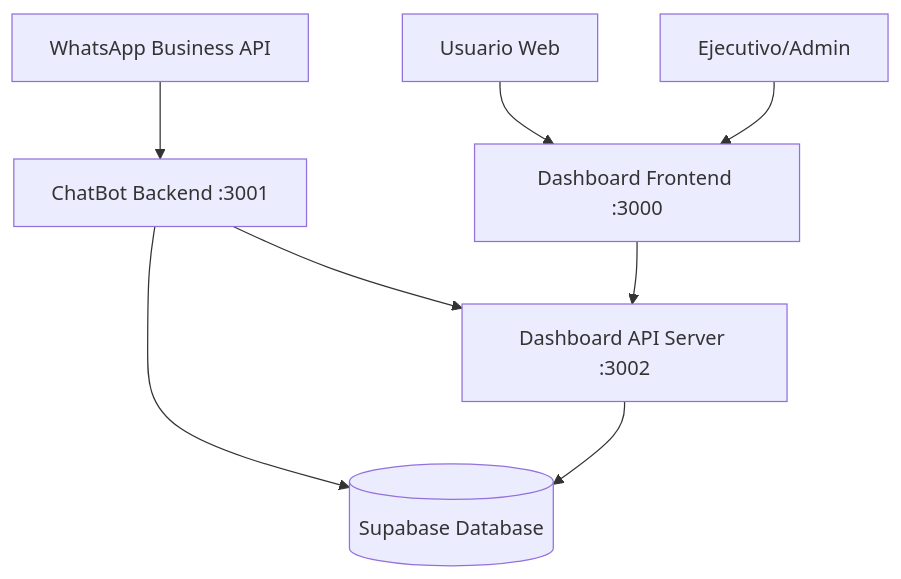
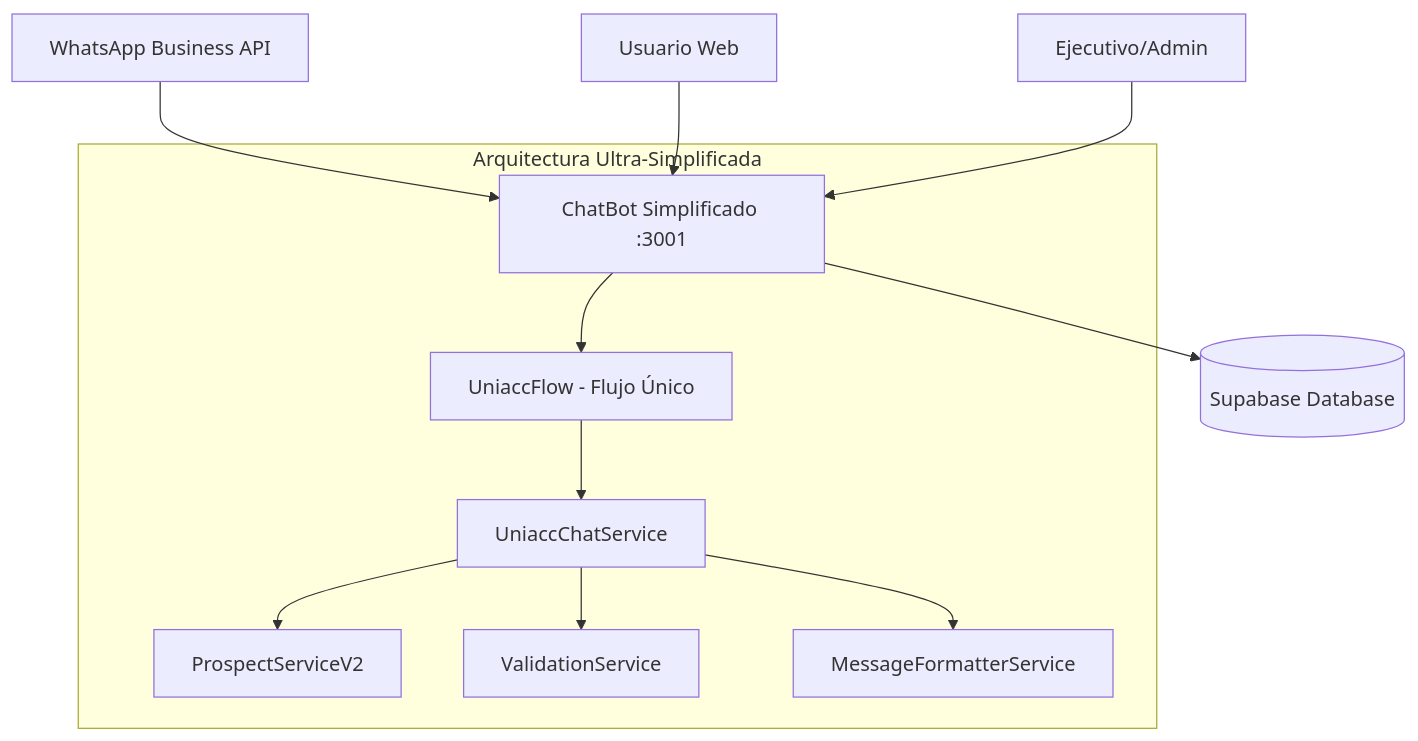
Before and after one commit to jpeduti/chatbot: the first of 4 diagrams in docs/arquitectura.md, drawn with Mermaid. The commit also changed other lines of this file and 87 other files, not shown here.

````diff
--- a/docs/arquitectura.md
+++ b/docs/arquitectura.md
@@ -29,10 +33,15 @@
 ```mermaid
 graph TB
-    WA[WhatsApp Business API] --> CB[ChatBot Backend :3001]
+    WA[WhatsApp Business API] --> CB[ChatBot Simplificado :3001]
     CB --> SB[(Supabase Database)]
-    CB --> DAS[Dashboard API Server :3002]
-    DAS --> SB
-    DF[Dashboard Frontend :3000] --> DAS
-    U[Usuario Web] --> DF
-    E[Ejecutivo/Admin] --> DF
+    U[Usuario Web] --> CB
+    E[Ejecutivo/Admin] --> CB
+    
+    subgraph "Arquitectura Ultra-Simplificada"
+        CB --> UF[UniaccFlow - Flujo Único]
+        UF --> US[UniaccChatService]
+        US --> PS[ProspectServiceV2]
+        US --> VS[ValidationService]
+        US --> MS[MessageFormatterService]
+    end
 ```
````
